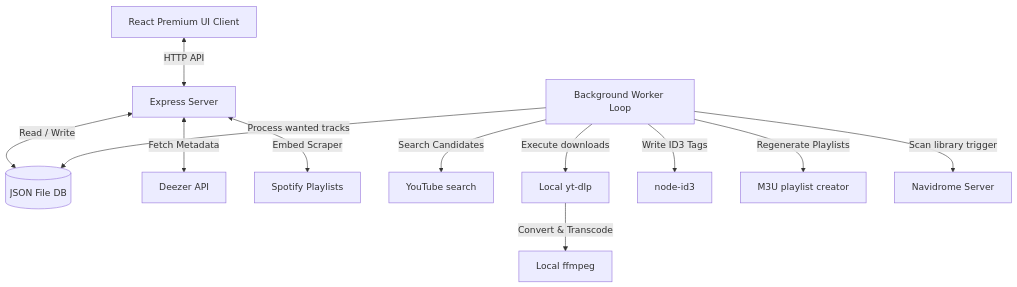
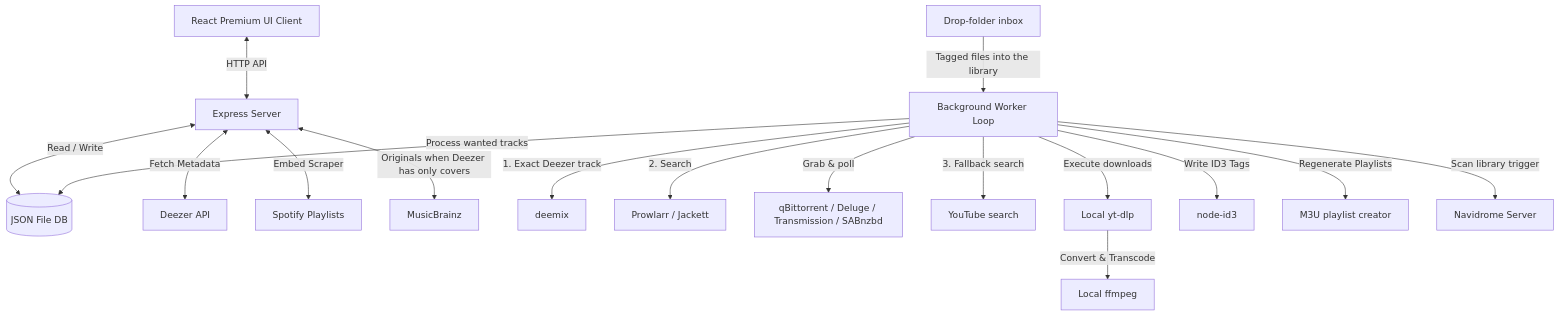
Before and after one commit to jlesterak/songarr: the diagram in README.md, drawn with Mermaid. The commit also changed other lines of this file, not shown here.

First line of the commit message:
docs: README catches up with torrents, deemix, Docker image

````diff
--- a/README.md
+++ b/README.md
@@ -115,15 +120,21 @@
 ```mermaid
 graph TD
     UI[React Premium UI Client] <-->|HTTP API| Express[Express Server]
     Express <-->|Read / Write| JSONDB[(JSON File DB)]
     Express <-->|Fetch Metadata| Deezer[Deezer API]
     Express <-->|Embed Scraper| Spotify[Spotify Playlists]
     
+    Express <-->|Originals when Deezer has only covers| MusicBrainz[MusicBrainz]
+    
     Worker[Background Worker Loop] -->|Process wanted tracks| JSONDB
-    Worker -->|Search Candidates| YouTube[YouTube search]
+    Worker -->|1. Exact Deezer track| Deemix[deemix]
+    Worker -->|2. Search| Indexers[Prowlarr / Jackett]
+    Worker -->|Grab & poll| Client[qBittorrent / Deluge / Transmission / SABnzbd]
+    Worker -->|3. Fallback search| YouTube[YouTube search]
     Worker -->|Execute downloads| YTDLP[Local yt-dlp]
     YTDLP -->|Convert & Transcode| FFMPEG[Local ffmpeg]
     Worker -->|Write ID3 Tags| ID3[node-id3]
     Worker -->|Regenerate Playlists| M3U[M3U playlist creator]
     Worker -->|Scan library trigger| Navidrome[Navidrome Server]
+    Inbox[Drop-folder inbox] -->|Tagged files into the library| Worker
 ```
````
